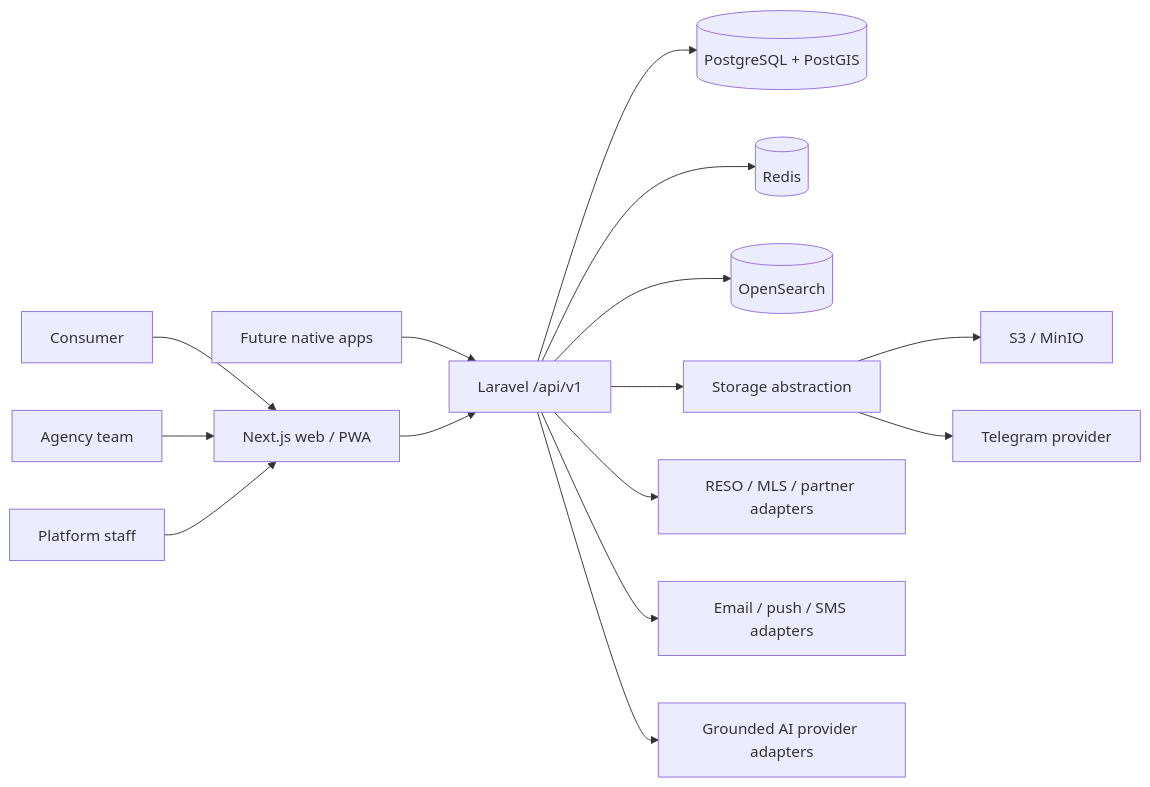
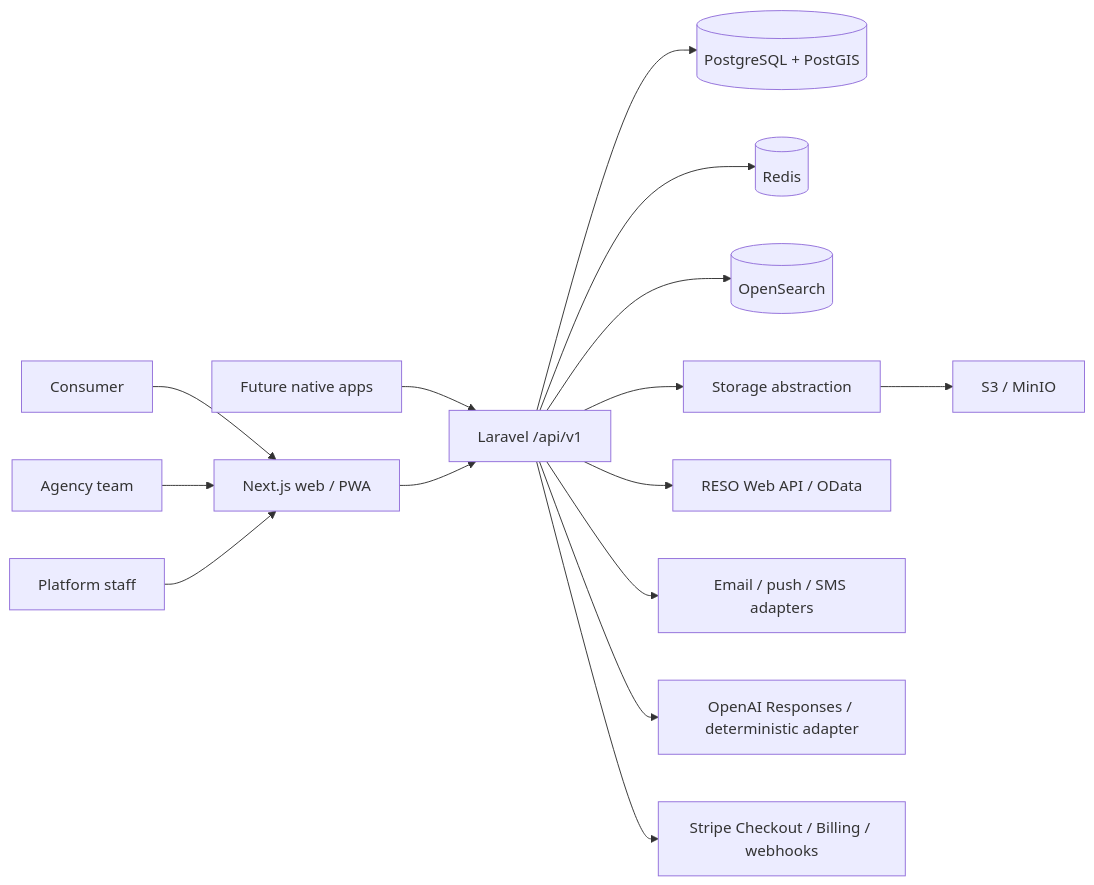
The first of 2 diagrams in docs/architecture/assessment.md (ildrm/casaura-real-estate), drawn with Mermaid before and after one commit. The commit also changed other lines of this file and 463 other files, not shown here.

````diff
--- a/docs/architecture/assessment.md
+++ b/docs/architecture/assessment.md
@@ -43,17 +43,17 @@
 ```mermaid
 flowchart LR
   Consumer[Consumer] --> Web[Next.js web / PWA]
   Agency[Agency team] --> Web
   Admin[Platform staff] --> Web
   Native[Future native apps] --> API[Laravel /api/v1]
   Web --> API
   API --> PG[(PostgreSQL + PostGIS)]
   API --> Redis[(Redis)]
   API --> Search[(OpenSearch)]
   API --> Storage[Storage abstraction]
   Storage --> S3[S3 / MinIO]
-  Storage --> Telegram[Telegram provider]
-  API --> Providers[RESO / MLS / partner adapters]
+  API --> Providers[RESO Web API / OData]
   API --> Notify[Email / push / SMS adapters]
-  API --> AI[Grounded AI provider adapters]
+  API --> AI[OpenAI Responses / deterministic adapter]
+  API --> Billing[Stripe Checkout / Billing / webhooks]
 ```
````
